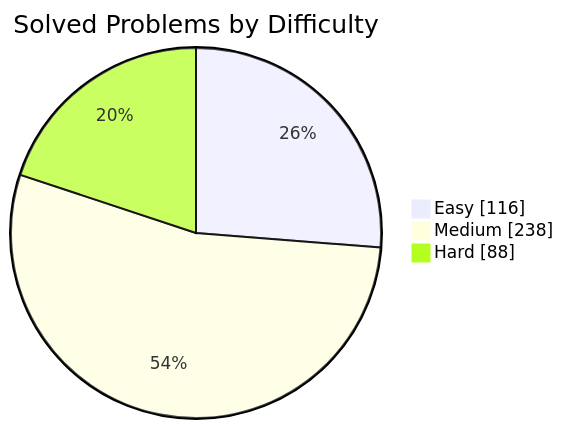
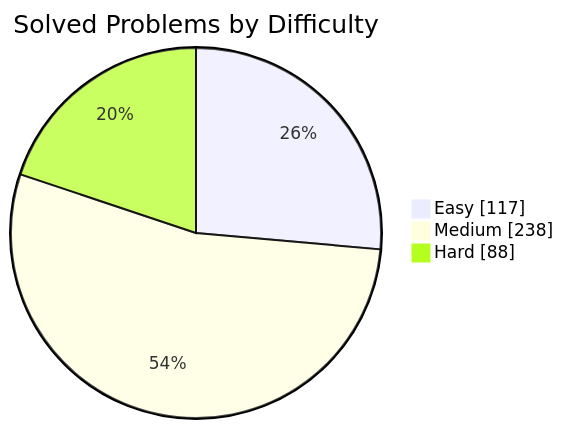
Before and after one commit to manikantbindass/DSA-Preparation-FAANG: the first of 2 diagrams in README.md, drawn with Mermaid. The commit also changed other lines of this file and 1 other file, not shown here.

````diff
--- a/README.md
+++ b/README.md
@@ -77,7 +77,7 @@
 ```mermaid
 pie showData
     title Solved Problems by Difficulty
-    "Easy" : 116
+    "Easy" : 117
     "Medium" : 238
     "Hard" : 88
 ```
````
